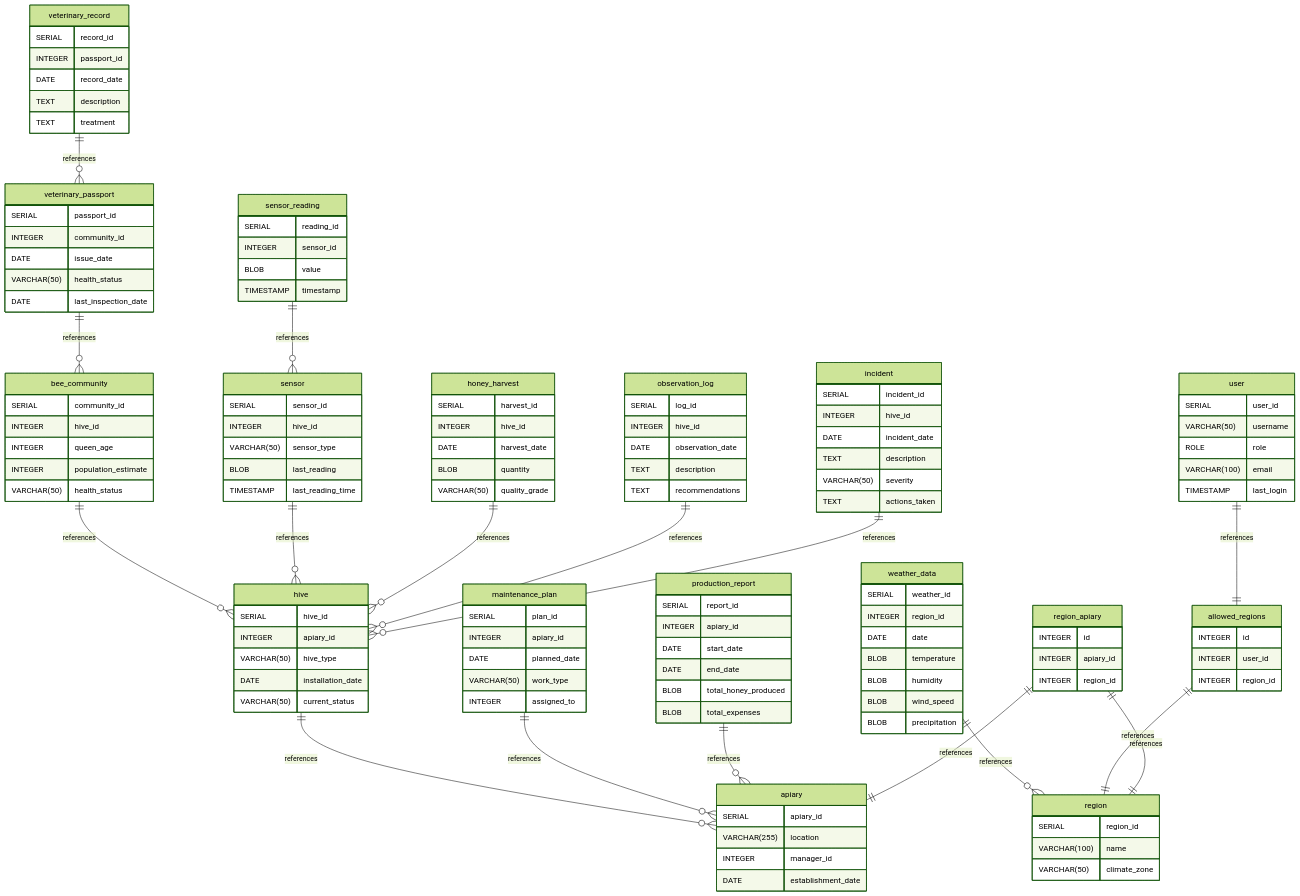
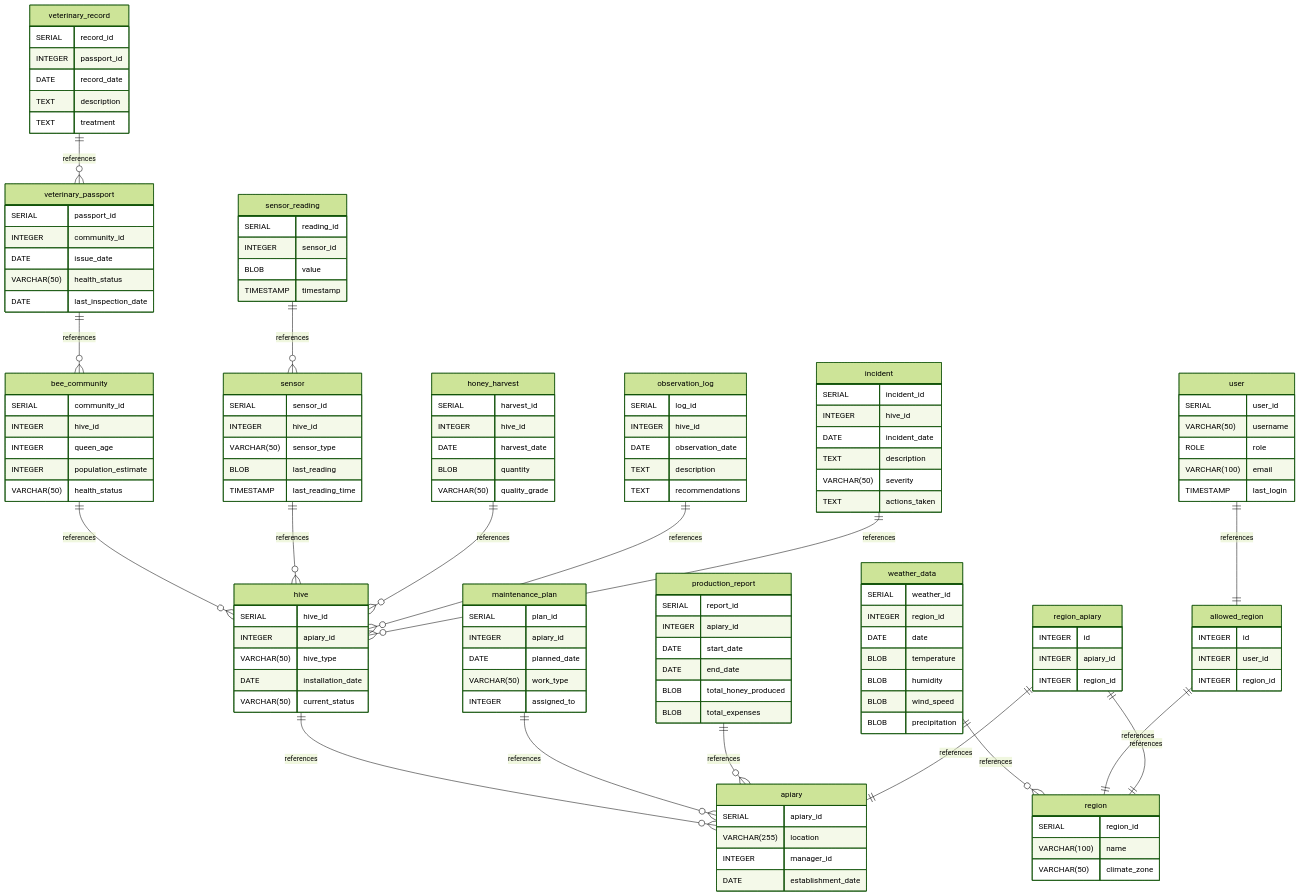
The diagram in docs/part2/report.md (OrientalLines/BeesBiz), drawn with Mermaid (forest theme) before and after one commit. The commit also changed other lines of this file and 34 other files, not shown here.

```diff
--- a/docs/part2/report.md
+++ b/docs/part2/report.md
@@ -234,8 +234,8 @@
 	incident ||--o{ hive : references
 	production_report ||--o{ apiary : references
 	weather_data ||--o{ region : references
-	user ||--|| allowed_regions : references
-	allowed_regions ||--|| region : references
+	user ||--|| allowed_region : references
+	allowed_region ||--|| region : references
 	region_apiary ||--|| apiary : references
 	region_apiary ||--|| region : references
 
@@ -359,7 +359,7 @@
 		TIMESTAMP last_login
 	}
 
-	allowed_regions {
+	allowed_region {
 		INTEGER id
 		INTEGER user_id
 		INTEGER region_id
```
